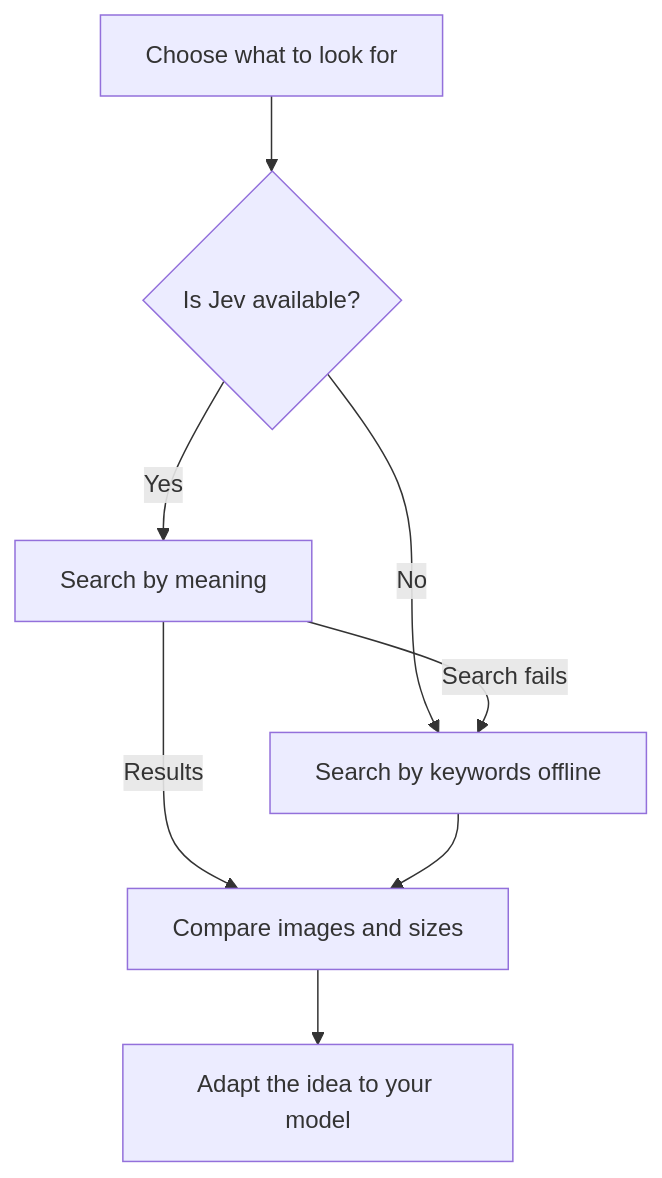
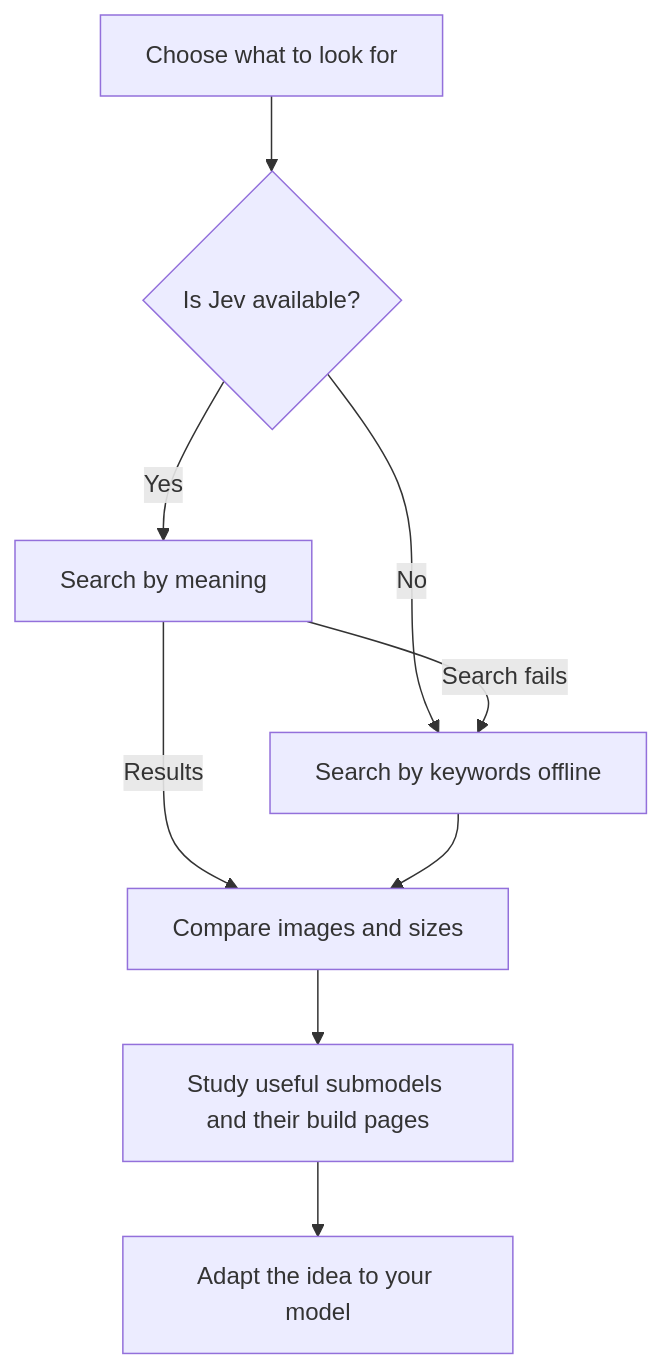
The second of 2 diagrams in README.md (anteloc/ldraw-nova), drawn with Mermaid before and after one commit. The commit also changed other lines of this file and 240 other files, not shown here.

````diff
--- a/README.md
+++ b/README.md
@@ -45,10 +45,11 @@
 ```mermaid
 flowchart TD
     need["Choose what to look for"] --> available{"Is Jev available?"}
     available -->|Yes| semantic["Search by meaning"]
     available -->|No| keywords["Search by keywords offline"]
     semantic -->|"Search fails"| keywords
     semantic -->|Results| compare["Compare images and sizes"]
     keywords --> compare
-    compare --> adapt["Adapt the idea to your model"]
+    compare --> study["Study useful submodels and their build pages"]
+    study --> adapt["Adapt the idea to your model"]
 ```
````
